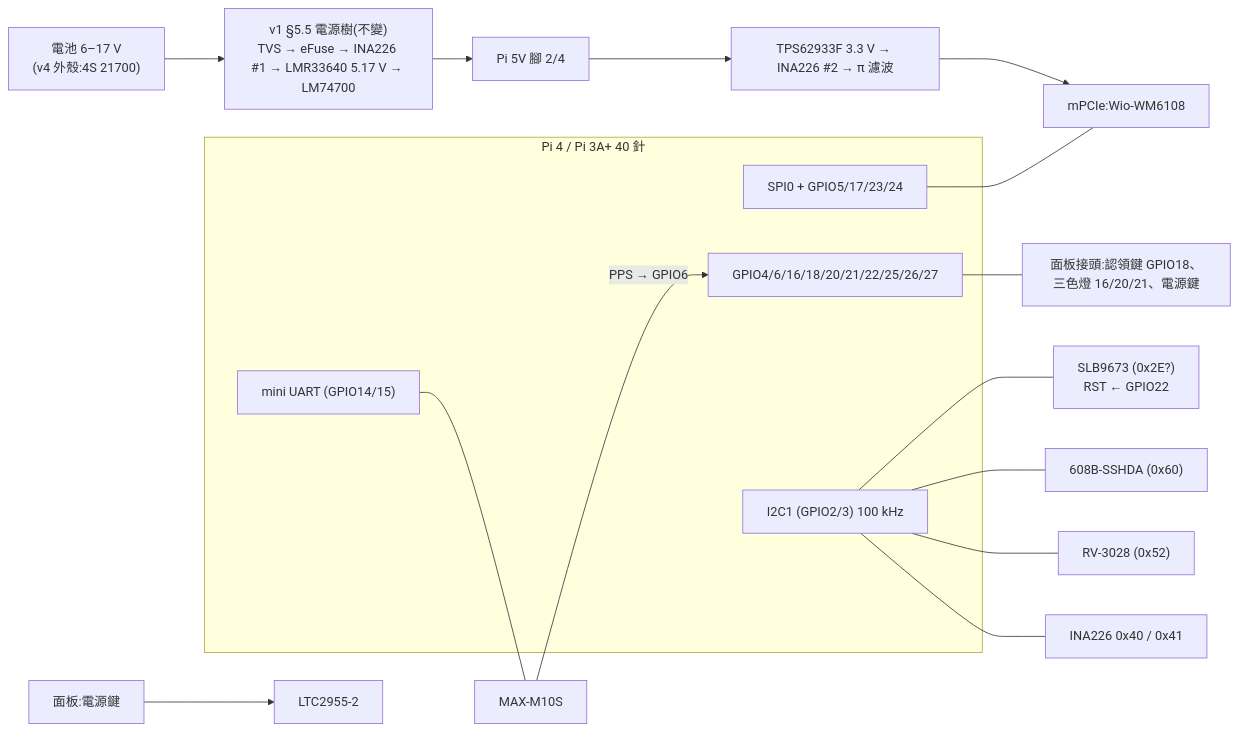
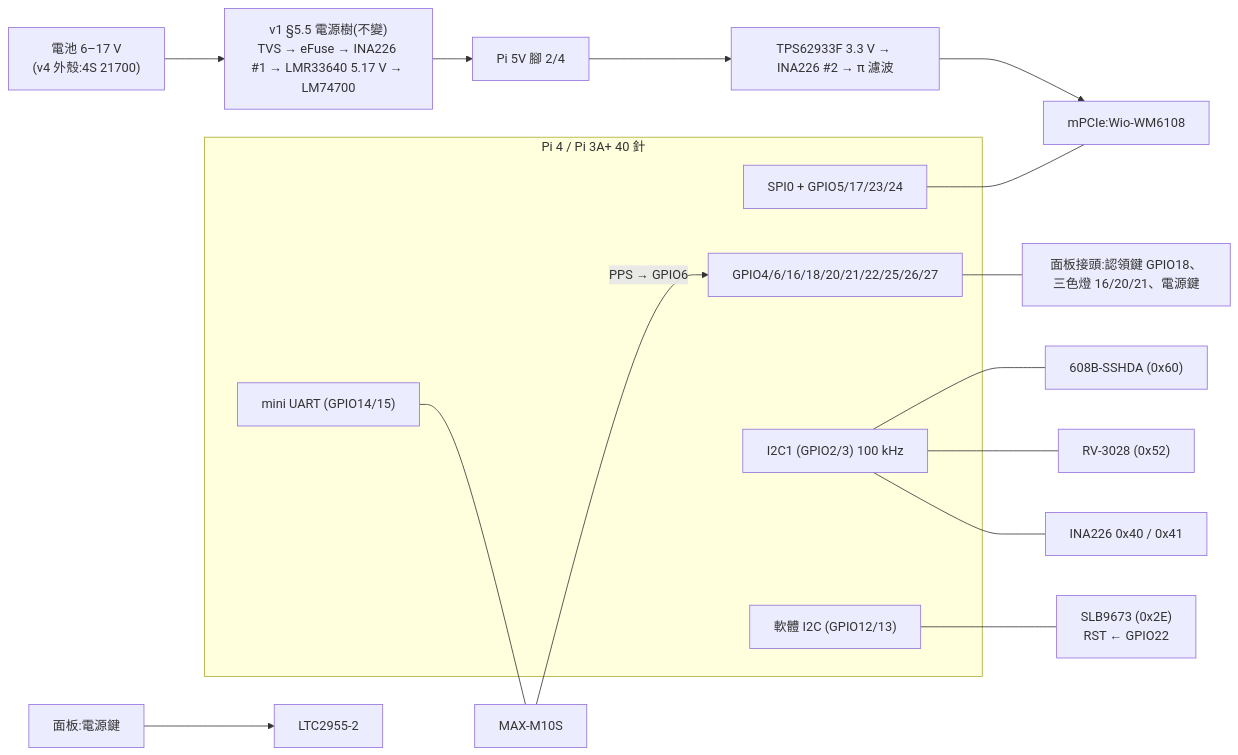
Before and after one commit to winson3QQ/Batman: the diagram in docs/design/hat-v2-spec.md, drawn with Mermaid. The commit also changed other lines of this file, not shown here.

First line of the commit message:
docs(#227): HAT v2 spec v0.5 — SLB9673 datasheet: own soft-I2C bus, pin table, certificates

````diff
--- a/docs/design/hat-v2-spec.md
+++ b/docs/design/hat-v2-spec.md
@@ -70,21 +70,22 @@
 ```mermaid
 flowchart LR
   BAT["電池 6–17 V<br/>(v4 外殼:4S 21700)"] --> PWR["v1 §5.5 電源樹(不變)<br/>TVS → eFuse → INA226 #1 → LMR33640 5.17 V → LM74700"]
   PWR --> PI5V["Pi 5V 腳 2/4"]
   PI5V --> BUCK33["TPS62933F 3.3 V → INA226 #2 → π 濾波"] --> MPCIE["mPCIe:Wio-WM6108"]
   PB["面板:電源鍵"] --> LTC["LTC2955-2"]
   subgraph PI["Pi 4 / Pi 3A+ 40 針"]
     SPI0["SPI0 + GPIO5/17/23/24"]
     I2C1["I2C1 (GPIO2/3) 100 kHz"]
     MU["mini UART (GPIO14/15)"]
     G["GPIO4/6/16/18/20/21/22/25/26/27"]
+    SW["軟體 I2C (GPIO12/13)"]
   end
   SPI0 --- MPCIE
-  I2C1 --- TPM["SLB9673 (0x2E?)<br/>RST ← GPIO22"]
+  SW --- TPM["SLB9673 (0x2E)<br/>RST ← GPIO22"]
   I2C1 --- SE["608B-SSHDA (0x60)"]
   I2C1 --- RTC["RV-3028 (0x52)"]
   I2C1 --- INA["INA226 0x40 / 0x41"]
   MU --- GNSS["MAX-M10S"]
   GNSS -->|PPS → GPIO6| G
   G --- PANEL["面板接頭:認領鍵 GPIO18、三色燈 16/20/21、電源鍵"]
 ```
````
